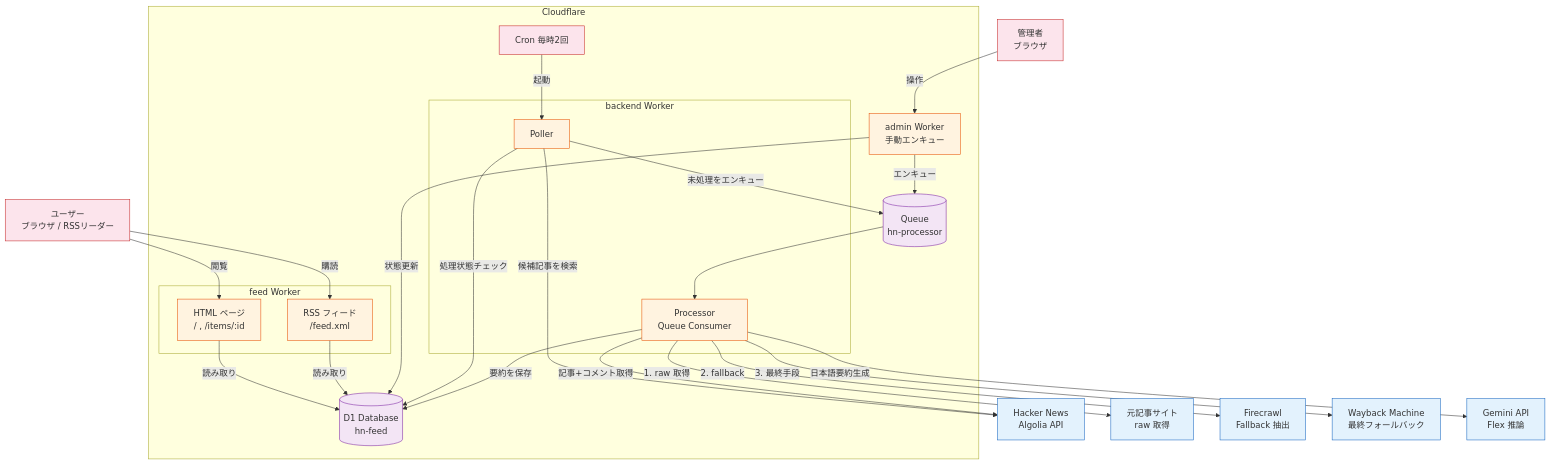
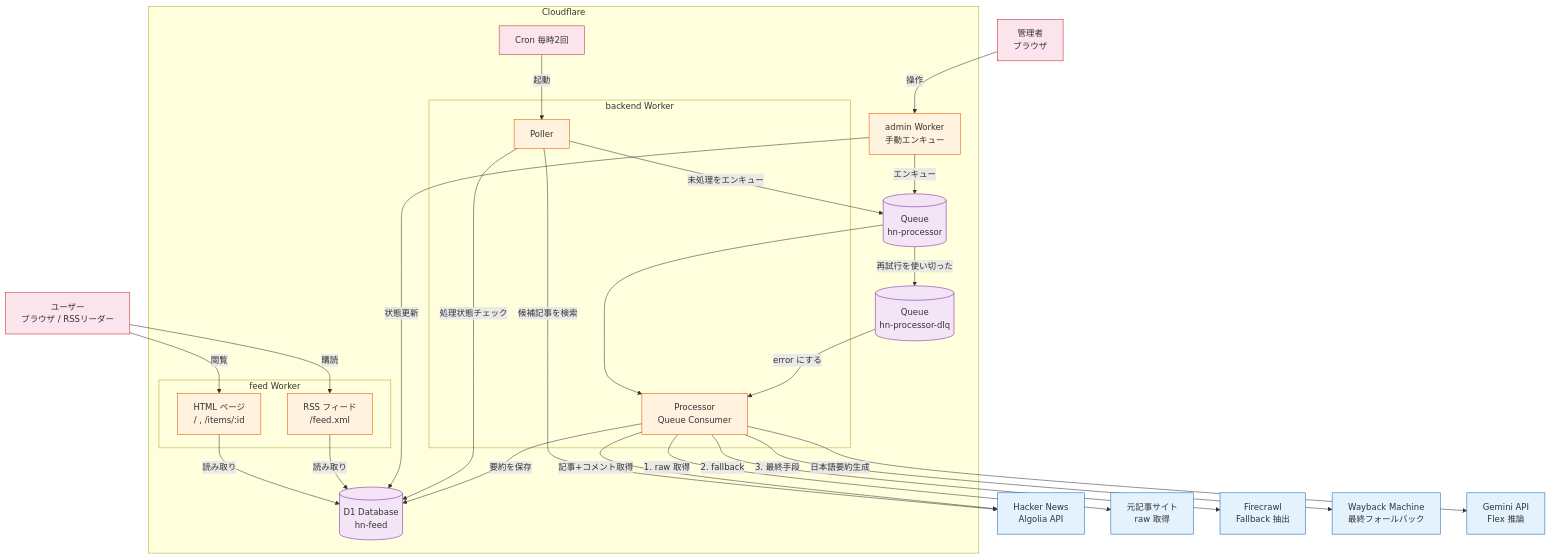
Before and after one commit to kui/hn-ja-summary: the diagram in architecture.mermaid, drawn with Mermaid. The commit also changed 18 other files, not shown here.

```diff
--- a/architecture.mermaid
+++ b/architecture.mermaid
@@ -1,61 +1,64 @@
 graph TB
     USER["ユーザー<br/>ブラウザ / RSSリーダー"]
     ADMIN_USER["管理者<br/>ブラウザ"]
 
     subgraph CF["Cloudflare"]
         ADMIN["admin Worker<br/>手動エンキュー"]
 
         CRON["Cron 毎時2回"]
         subgraph Backend["backend Worker"]
             POLLER["Poller"]
             PROCESSOR["Processor<br/>Queue Consumer"]
         end
 
         subgraph Feed["feed Worker"]
             FEED_HTML["HTML ページ<br/>/ , /items/:id"]
             FEED_RSS["RSS フィード<br/>/feed.xml"]
         end
 
         QUEUE[("Queue<br/>hn-processor")]
+        DLQ[("Queue<br/>hn-processor-dlq")]
         DB[("D1 Database<br/>hn-feed")]
     end
 
     HN["Hacker News<br/>Algolia API"]
     ARTICLE["元記事サイト<br/>raw 取得"]
     FIRECRAWL["Firecrawl<br/>Fallback 抽出"]
     WAYBACK["Wayback Machine<br/>最終フォールバック"]
     GEMINI["Gemini API<br/>Flex 推論"]
 
     USER -->|"閲覧"| FEED_HTML
     USER -->|"購読"| FEED_RSS
     ADMIN_USER -->|"操作"| ADMIN
     CRON -->|起動| POLLER
 
     FEED_HTML -->|"読み取り"| DB
     FEED_RSS -->|"読み取り"| DB
 
     ADMIN -->|"エンキュー"| QUEUE
     ADMIN -->|"状態更新"| DB
 
     POLLER -->|"未処理をエンキュー"| QUEUE
     POLLER -->|"処理状態チェック"| DB
 
     QUEUE --> PROCESSOR
+    QUEUE -->|"再試行を使い切った"| DLQ
+    DLQ -->|"error にする"| PROCESSOR
 
     POLLER -->|"候補記事を検索"| HN
     PROCESSOR -->|"記事+コメント取得"| HN
     PROCESSOR -->|"1. raw 取得"| ARTICLE
     PROCESSOR -->|"2. fallback"| FIRECRAWL
     PROCESSOR -->|"3. 最終手段"| WAYBACK
     PROCESSOR -->|"日本語要約生成"| GEMINI
     PROCESSOR -->|"要約を保存"| DB
 
     classDef ext fill:#e3f2fd,stroke:#1565c0
     classDef worker fill:#fff3e0,stroke:#e65100
     classDef storage fill:#f3e5f5,stroke:#7b1fa2
     classDef user fill:#fce4ec,stroke:#c62828
 
     class HN,ARTICLE,FIRECRAWL,WAYBACK,GEMINI ext
     class POLLER,PROCESSOR,FEED_HTML,FEED_RSS,ADMIN worker
-    class QUEUE,DB storage
+    class QUEUE,DLQ,DB storage
     class USER,ADMIN_USER,CRON user
```
